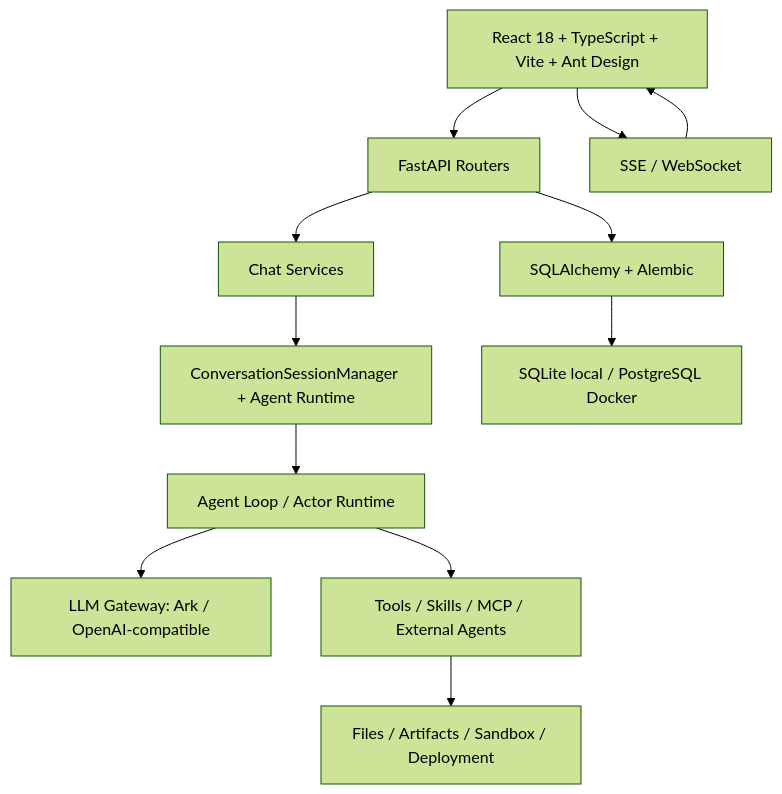
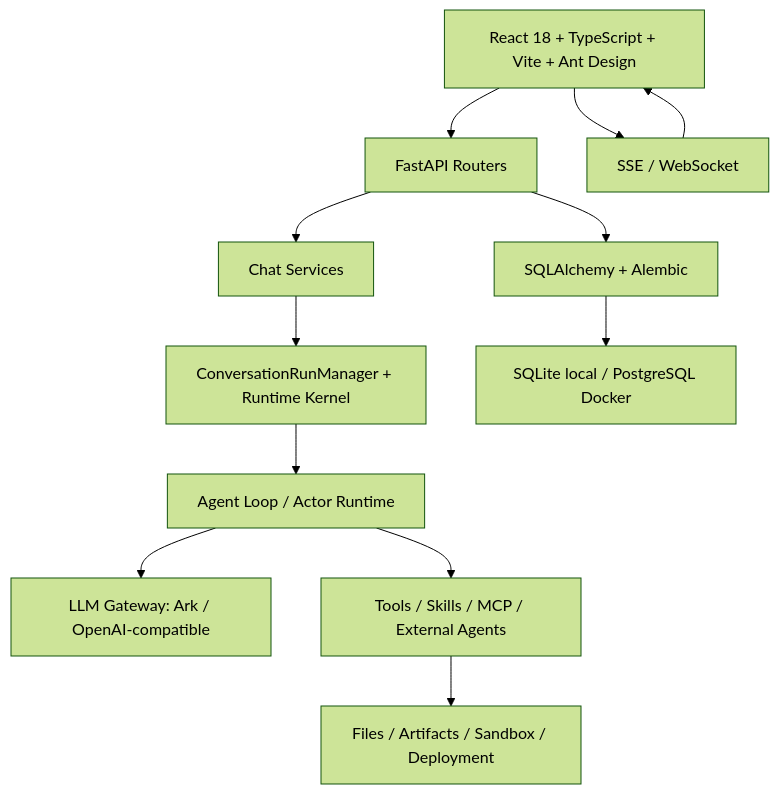
Before and after one commit to Haiyang-Bian/bottled-water: the second of 2 diagrams in docs/product-design.md, drawn with Mermaid (forest theme). The commit also changed other lines of this file and 13 other files, not shown here.

````diff
--- a/docs/product-design.md
+++ b/docs/product-design.md
@@ -451,14 +449,14 @@
 ```mermaid
 flowchart TB
   FE["React 18 + TypeScript + Vite + Ant Design"] --> API["FastAPI Routers"]
   FE --> RT["SSE / WebSocket"]
   API --> CHAT["Chat Services"]
-  CHAT --> RUNTIME["ConversationSessionManager + Agent Runtime"]
+  CHAT --> RUNTIME["ConversationRunManager + Runtime Kernel"]
   RUNTIME --> AGENT["Agent Loop / Actor Runtime"]
   AGENT --> LLM["LLM Gateway: Ark / OpenAI-compatible"]
   AGENT --> TOOLS["Tools / Skills / MCP / External Agents"]
   TOOLS --> FILES["Files / Artifacts / Sandbox / Deployment"]
   API --> DB["SQLAlchemy + Alembic"]
   DB --> STORE["SQLite local / PostgreSQL Docker"]
   RT --> FE
 ```
````
